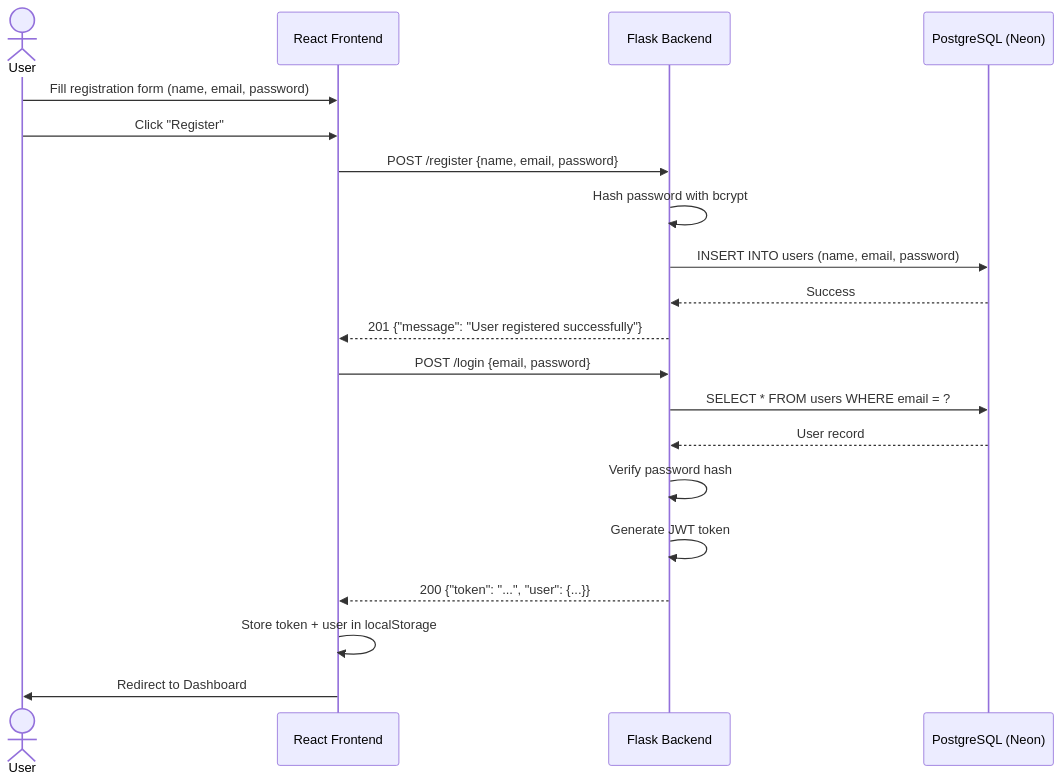
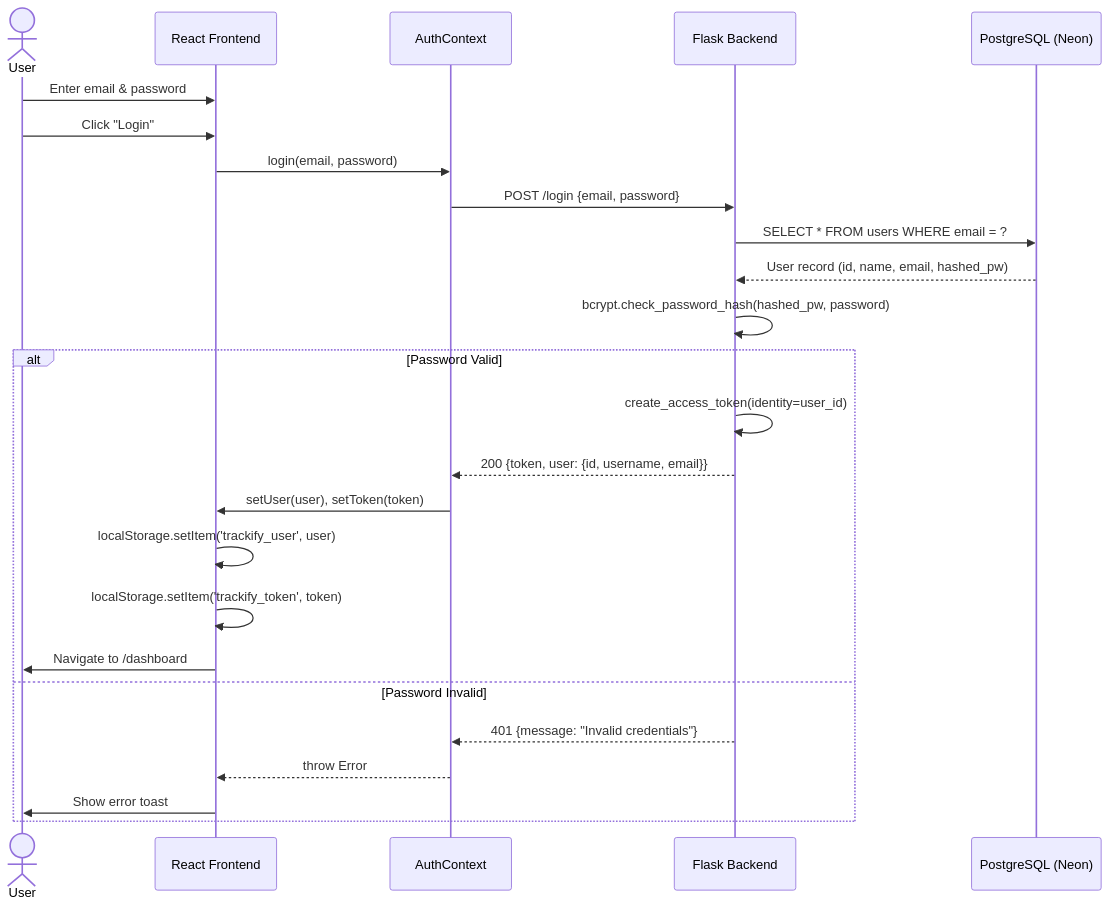
The ninth of 13 diagrams in Trackify_Blackbook.md (ayushsawant3478-web/Expense_tracker), drawn with Mermaid before and after one commit. The commit also changed other lines of this file and 2 other files, not shown here.

````diff
--- a/Trackify_Blackbook.md
+++ b/Trackify_Blackbook.md
@@ -1010,23 +1025,29 @@
 ```mermaid
 sequenceDiagram
     actor User
     participant Browser as React Frontend
+    participant AuthCtx as AuthContext
     participant Flask as Flask Backend
     participant DB as PostgreSQL (Neon)
 
-    User->>Browser: Fill registration form (name, email, password)
-    User->>Browser: Click "Register"
-    Browser->>Flask: POST /register {name, email, password}
-    Flask->>Flask: Hash password with bcrypt
-    Flask->>DB: INSERT INTO users (name, email, password)
-    DB-->>Flask: Success
-    Flask-->>Browser: 201 {"message": "User registered successfully"}
-    Browser->>Flask: POST /login {email, password}
+    User->>Browser: Enter email & password
+    User->>Browser: Click "Login"
+    Browser->>AuthCtx: login(email, password)
+    AuthCtx->>Flask: POST /login {email, password}
     Flask->>DB: SELECT * FROM users WHERE email = ?
-    DB-->>Flask: User record
-    Flask->>Flask: Verify password hash
-    Flask->>Flask: Generate JWT token
-    Flask-->>Browser: 200 {"token": "...", "user": {...}}
-    Browser->>Browser: Store token + user in localStorage
-    Browser->>User: Redirect to Dashboard
+    DB-->>Flask: User record (id, name, email, hashed_pw)
+    Flask->>Flask: bcrypt.check_password_hash(hashed_pw, password)
+
+    alt Password Valid
+        Flask->>Flask: create_access_token(identity=user_id)
+        Flask-->>AuthCtx: 200 {token, user: {id, username, email}}
+        AuthCtx->>Browser: setUser(user), setToken(token)
+        Browser->>Browser: localStorage.setItem('trackify_user', user)
+        Browser->>Browser: localStorage.setItem('trackify_token', token)
+        Browser->>User: Navigate to /dashboard
+    else Password Invalid
+        Flask-->>AuthCtx: 401 {message: "Invalid credentials"}
+        AuthCtx-->>Browser: throw Error
+        Browser->>User: Show error toast
+    end
 ```
````
